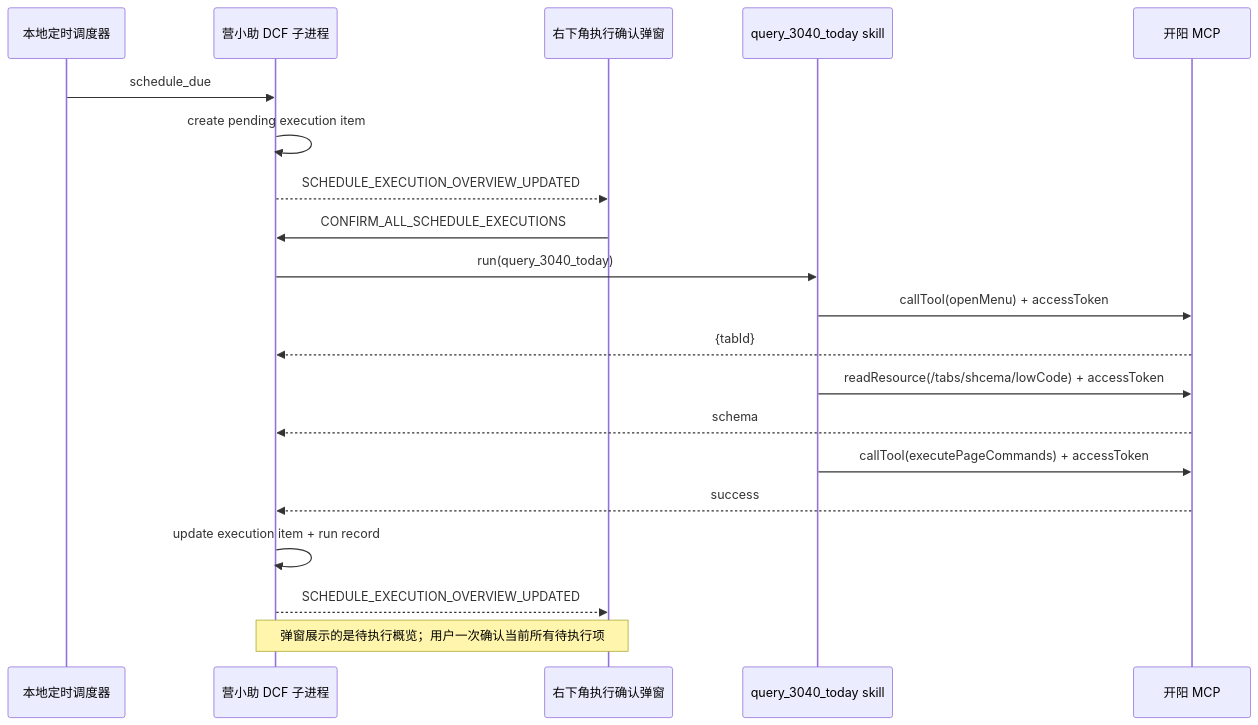
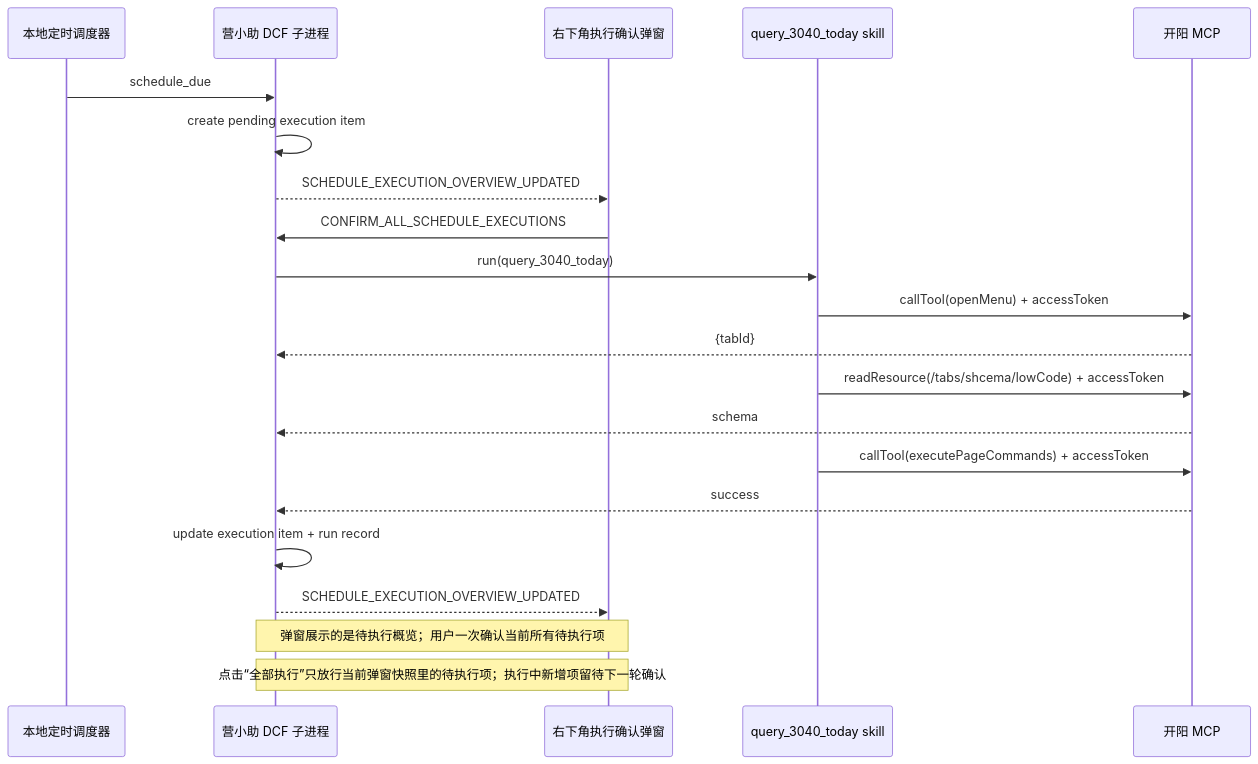
Before and after one commit to gaikin/yxz-agent: the eighth of 8 diagrams in docs/dcf-frontend-detailed-design.md, drawn with Mermaid. The commit also changed other lines of this file and 2 other files, not shown here.

````diff
--- a/docs/dcf-frontend-detailed-design.md
+++ b/docs/dcf-frontend-detailed-design.md
@@ -1155,24 +1160,25 @@
 ```mermaid
 sequenceDiagram
     participant SCH as 本地定时调度器
     participant DCF as 营小助 DCF 子进程
     participant POP as 右下角执行确认弹窗
     participant SKILL as query_3040_today skill
     participant KY as 开阳 MCP
 
     SCH->>DCF: schedule_due
     DCF->>DCF: create pending execution item
     DCF-->>POP: SCHEDULE_EXECUTION_OVERVIEW_UPDATED
     POP->>DCF: CONFIRM_ALL_SCHEDULE_EXECUTIONS
     DCF->>SKILL: run(query_3040_today)
     SKILL->>KY: callTool(openMenu) + accessToken
     KY-->>DCF: {tabId}
     SKILL->>KY: readResource(/tabs/shcema/lowCode) + accessToken
     KY-->>DCF: schema
     SKILL->>KY: callTool(executePageCommands) + accessToken
     KY-->>DCF: success
     DCF->>DCF: update execution item + run record
     DCF-->>POP: SCHEDULE_EXECUTION_OVERVIEW_UPDATED
 
     Note over POP,DCF: 弹窗展示的是待执行概览；用户一次确认当前所有待执行项
+    Note over DCF,POP: 点击“全部执行”只放行当前弹窗快照里的待执行项；执行中新增项留待下一轮确认
 ```
````
